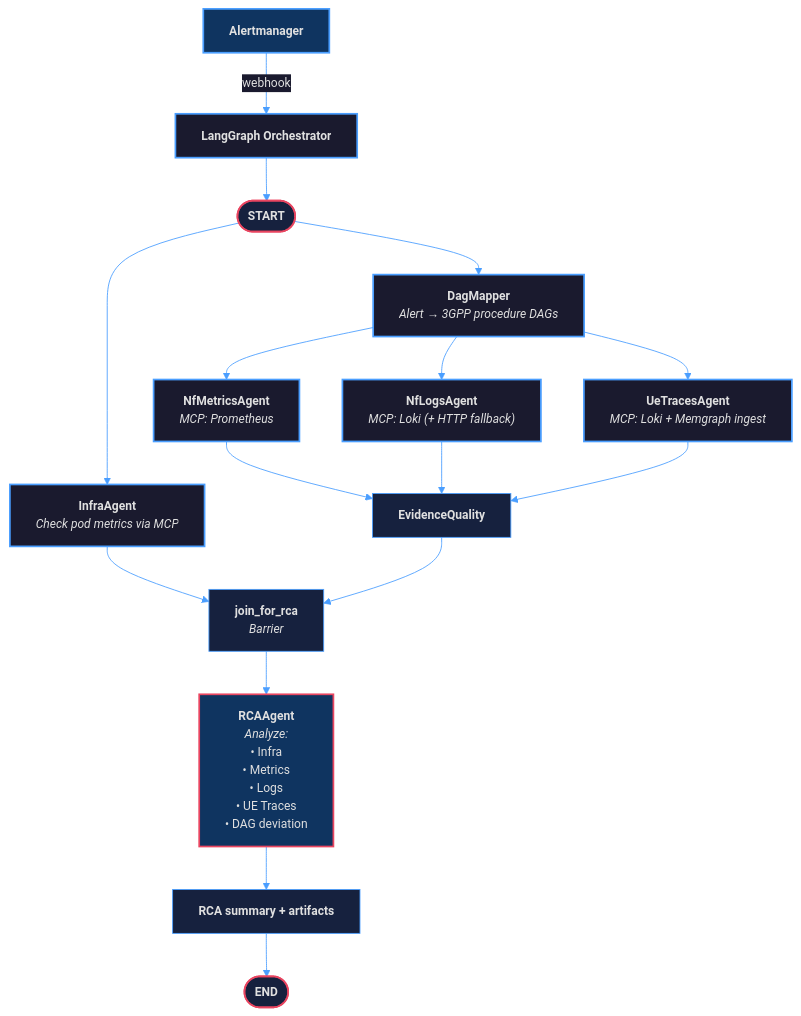
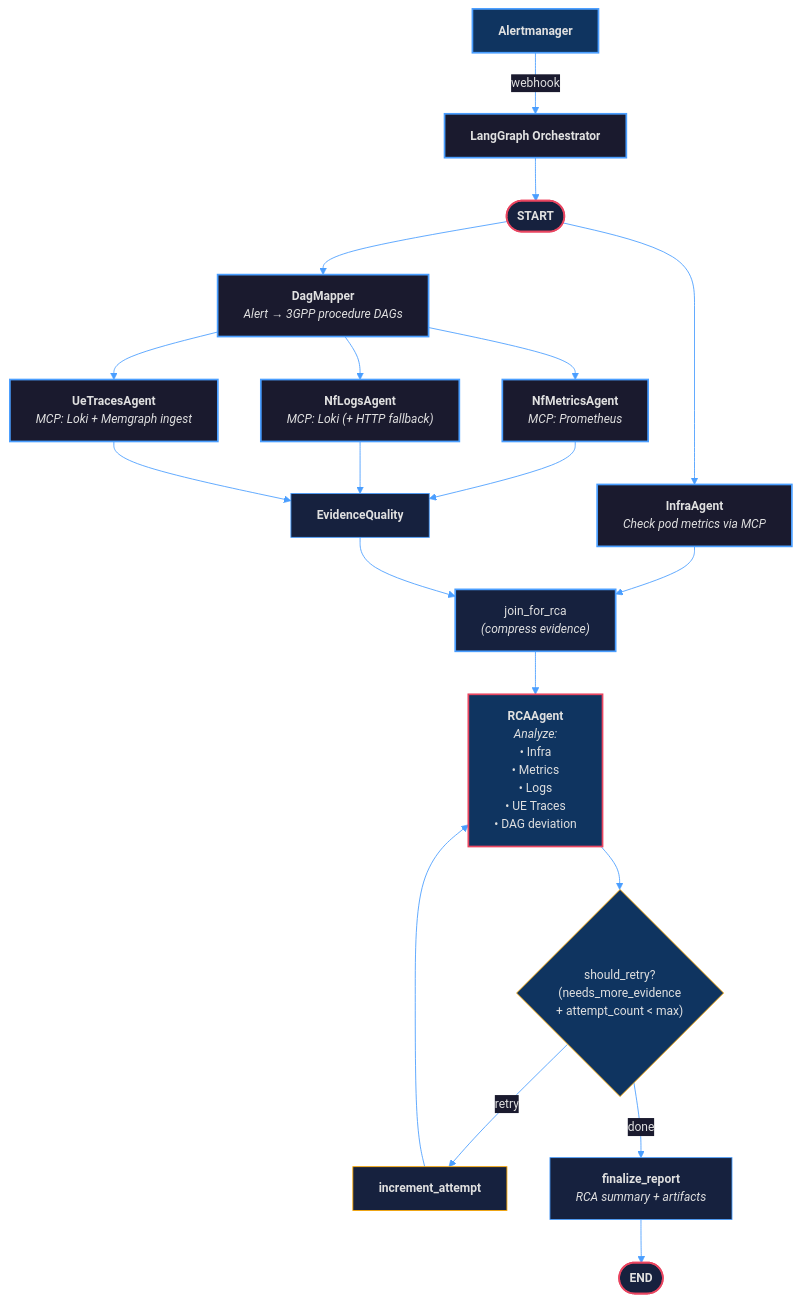
One commit to skapoula/5g-triage-agent changed the diagram in docs/workflow_diagram.mermaid. Above: the diagram before and after it, drawn with Mermaid. The commit also changed 2 other files, not shown here.

Commit message:
docs: update architecture to reflect join_for_rca as evidence-joining barrier
- Add join_for_rca node to workflow_diagram.mermaid and state_flow_diagram.mermaid
  with edges infra_agent → join_for_rca, evidence_quality → join_for_rca,
  join_for_rca → rca_agent; remove direct evidence_quality → rca_agent edge
- Add compressed_evidence state field (written by join_for_rca, read by rca_agent)
  to state_flow_diagram.mermaid and state fields table in architecture doc
- Update section 2.3 (Shared State Object) with full field ownership table
- Add section 3.3.5 describing join_for_rca as explicit barrier node owned by rca_agent.py
- Update section 3.4 RCAAgent trigger to reference join_for_rca barrier instead of
  superstep-merge language; update 3.4.1 inputs to reference compressed_evidence
- Update node/edge tables in section 4.2 to include join_for_rca and increment_attempt

```diff
--- a/docs/workflow_diagram.mermaid
+++ b/docs/workflow_diagram.mermaid
@@ -1,37 +1,41 @@
 %%{init: {'theme': 'base', 'themeVariables': { 'primaryColor': '#1a1a2e', 'primaryTextColor': '#e0e0e0', 'primaryBorderColor': '#4a9eff', 'lineColor': '#4a9eff', 'secondaryColor': '#16213e', 'tertiaryColor': '#0f3460', 'background': '#0d1117', 'mainBkg': '#1a1a2e', 'nodeBorder': '#4a9eff', 'clusterBkg': '#16213e', 'clusterBorder': '#4a9eff', 'edgeLabelBackground': '#1a1a2e', 'fontFamily': 'Inter, Segoe UI, sans-serif', 'fontSize': '14px' }}}%%
 flowchart TD
     A["<b>Alertmanager</b>"] -->|webhook| B["<b>LangGraph Orchestrator</b>"]
     B --> C(["<b>START</b>"])
 
     C --> D["<b>InfraAgent</b><br/><i>Check pod metrics via MCP</i>"]
     C --> DM["<b>DagMapper</b><br/><i>Alert → 3GPP procedure DAGs</i>"]
 
     DM --> E["<b>NfMetricsAgent</b><br/><i>MCP: Prometheus</i>"]
     DM --> E2["<b>NfLogsAgent</b><br/><i>MCP: Loki (+ HTTP fallback)</i>"]
     DM --> E3["<b>UeTracesAgent</b><br/><i>MCP: Loki + Memgraph ingest</i>"]
 
     E --> F["<b>EvidenceQuality</b>"]
     E2 --> F
     E3 --> F
 
-    D --> J["<b>join_for_rca</b><br/><i>Barrier</i>"]
-    F --> J
+    D --> JR
+    F --> JR["join_for_rca<br/><i>(compress evidence)</i>"]
+    JR --> G["<b>RCAAgent</b><br/><i>Analyze:</i><br/>• Infra<br/>• Metrics<br/>• Logs<br/>• UE Traces<br/>• DAG deviation"]
 
-    J --> G["<b>RCAAgent</b><br/><i>Analyze:</i><br/>• Infra<br/>• Metrics<br/>• Logs<br/>• UE Traces<br/>• DAG deviation"]
-
-    G --> H["<b>RCA summary + artifacts</b>"]
+    G --> RETRY{"should_retry?\n(needs_more_evidence\n+ attempt_count < max)"}
+    RETRY -->|"retry"| INC["<b>increment_attempt</b>"]
+    INC --> G
+    RETRY -->|"done"| H["<b>finalize_report</b><br/><i>RCA summary + artifacts</i>"]
     H --> I(["<b>END</b>"])
 
     style A fill:#0f3460,stroke:#4a9eff,stroke-width:2px,color:#e0e0e0
     style B fill:#1a1a2e,stroke:#4a9eff,stroke-width:2px,color:#e0e0e0
     style C fill:#16213e,stroke:#e94560,stroke-width:2px,color:#e0e0e0
     style D fill:#1a1a2e,stroke:#4a9eff,stroke-width:2px,color:#e0e0e0
     style DM fill:#1a1a2e,stroke:#4a9eff,stroke-width:2px,color:#e0e0e0
     style E fill:#1a1a2e,stroke:#4a9eff,stroke-width:2px,color:#e0e0e0
     style E2 fill:#1a1a2e,stroke:#4a9eff,stroke-width:2px,color:#e0e0e0
     style E3 fill:#1a1a2e,stroke:#4a9eff,stroke-width:2px,color:#e0e0e0
     style F fill:#16213e,stroke:#4a9eff,stroke-width:1px,color:#e0e0e0
-    style J fill:#16213e,stroke:#4a9eff,stroke-width:1px,color:#e0e0e0
+    style JR fill:#16213e,stroke:#4a9eff,stroke-width:2px,color:#e0e0e0
     style G fill:#0f3460,stroke:#e94560,stroke-width:2px,color:#e0e0e0
+    style RETRY fill:#0f3460,stroke:#ffaa00,stroke-width:1px,color:#e0e0e0
+    style INC fill:#16213e,stroke:#ffaa00,stroke-width:1px,color:#e0e0e0
     style H fill:#16213e,stroke:#4a9eff,stroke-width:1px,color:#e0e0e0
     style I fill:#16213e,stroke:#e94560,stroke-width:2px,color:#e0e0e0
```
